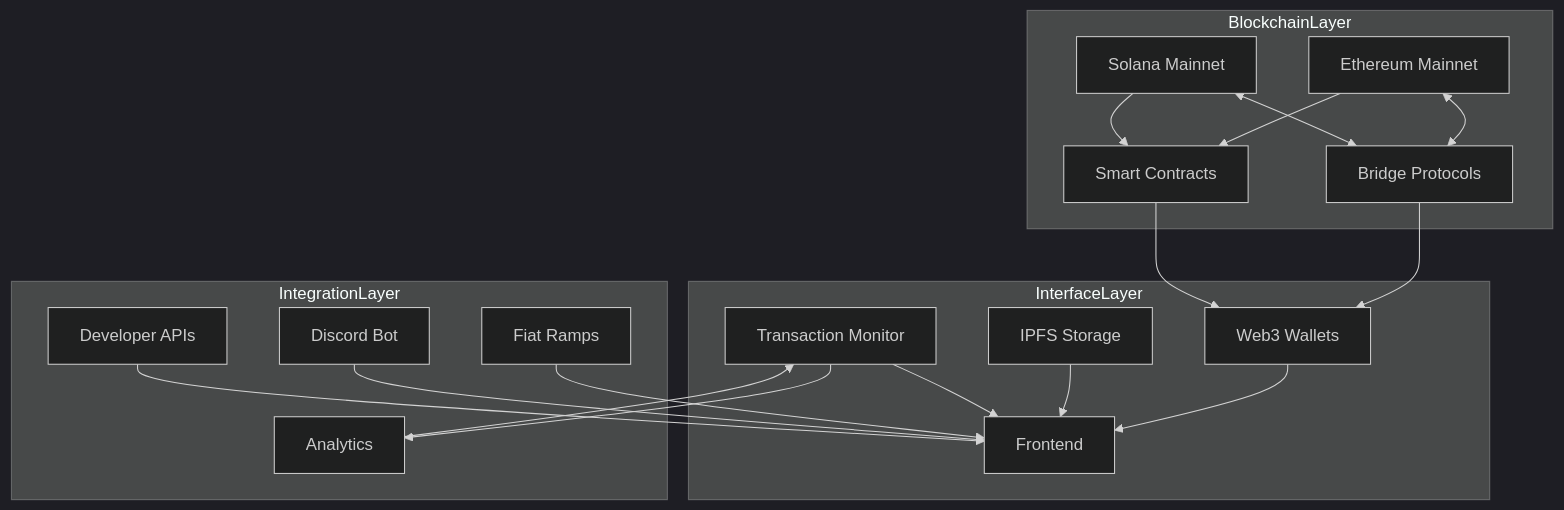
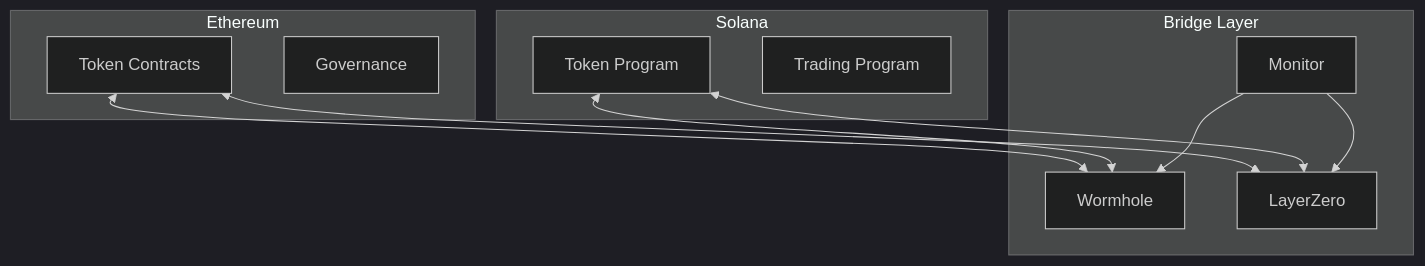
One commit to king-block-1/king-1 changed the first of 7 diagrams in docs/white-paper.md. Above: the diagram before and after it, drawn with Mermaid (dark theme). The commit also changed other lines of this file and 2 other files, not shown here.

Commit message:
Update platform features documentation with API and integration details

````diff
--- a/docs/white-paper.md
+++ b/docs/white-paper.md
@@ -533,41 +570,22 @@
 ```mermaid
 graph TB
-    subgraph BlockchainLayer
-        E[Ethereum Mainnet]
-        S[Solana Mainnet]
-        B[Bridge Protocols]
-        SmartContracts[Smart Contracts]
-        
-        E <--> B
-        S <--> B
-        E --> SmartContracts
-        S --> SmartContracts
+    subgraph Ethereum
+        ET[Token Contracts]
+        EG[Governance]
     end
-
-    subgraph InterfaceLayer
-        W[Web3 Wallets]
-        F[Frontend]
-        I[IPFS Storage]
-        M[Transaction Monitor]
-        
-        W --> F
-        I --> F
-        M --> F
+    
+    subgraph Bridge Layer
+        W[Wormhole]
+        L[LayerZero]
+        M[Monitor]
     end
-
-    subgraph IntegrationLayer
-        R[Fiat Ramps]
-        D[Discord Bot]
-        A[Analytics]
-        API[Developer APIs]
-        
-        R --> F
-        D --> F
-        A --> M
-        API --> F
+    
+    subgraph Solana
+        ST[Token Program]
+        SP[Trading Program]
     end
-
-    B --> W
-    SmartContracts --> W
-    M --> A
+    
+    ET <--> W & L
+    ST <--> W & L
+    M --> W & L
 ```
````
